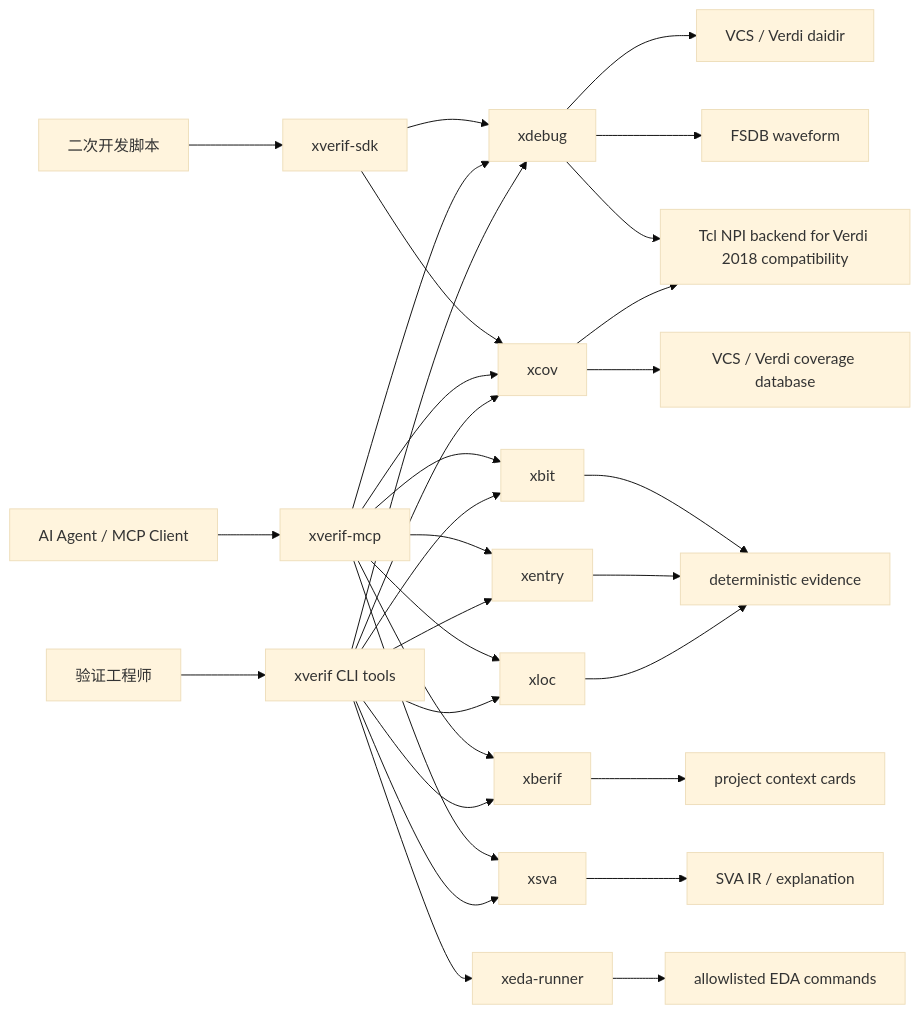
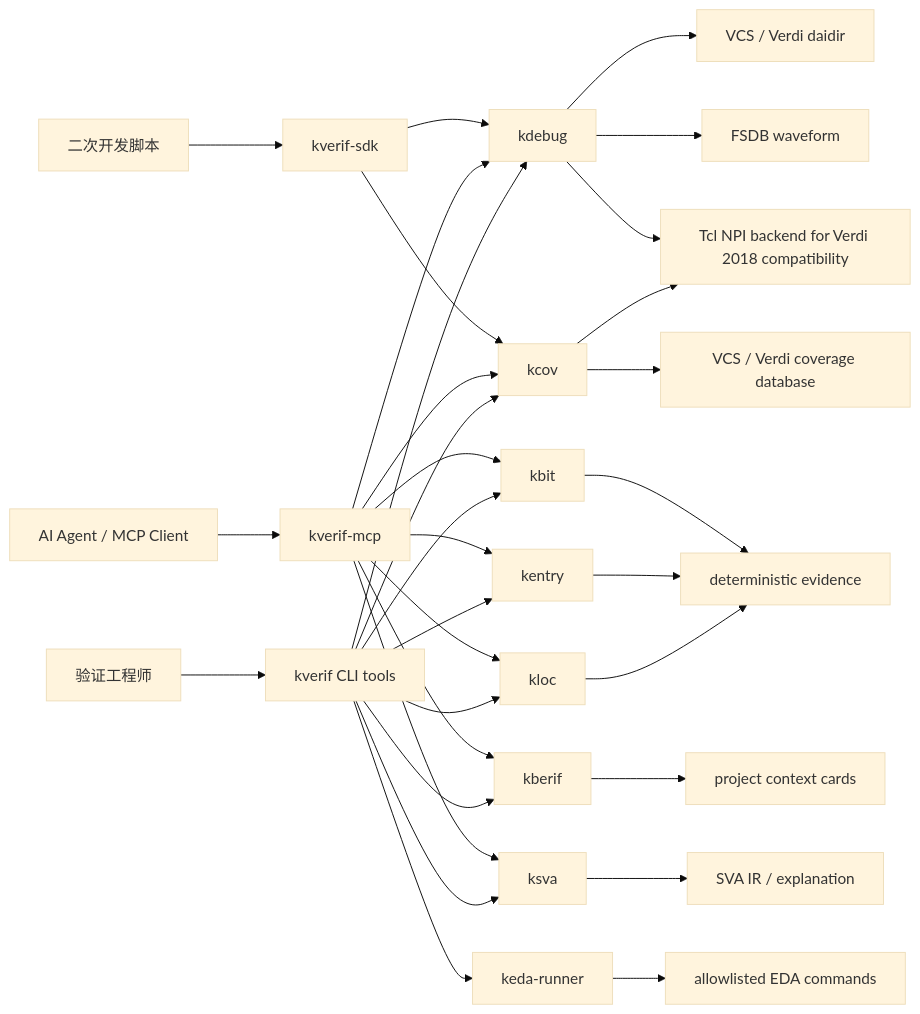
Before and after one commit to ysyx-22040210-yudian/xverif: the first of 6 diagrams in README.md, drawn with Mermaid (base theme). The commit also changed other lines of this file and 2243 other files, not shown here.

Commit message:
Rename project and tools to kverif

````diff
--- a/README.md
+++ b/README.md
@@ -34,39 +34,39 @@
 ```mermaid
 flowchart LR
-    User["验证工程师"] --> CLI["xverif CLI tools"]
-    Developer["二次开发脚本"] --> SDK["xverif-sdk"]
-    Agent["AI Agent / MCP Client"] --> MCP["xverif-mcp"]
+    User["验证工程师"] --> CLI["kverif CLI tools"]
+    Developer["二次开发脚本"] --> SDK["kverif-sdk"]
+    Agent["AI Agent / MCP Client"] --> MCP["kverif-mcp"]
 
-    SDK --> XDEBUG
-    SDK --> XCOV
+    SDK --> KDEBUG
+    SDK --> KCOV
 
-    MCP --> XDEBUG["xdebug"]
-    MCP --> XCOV["xcov"]
-    MCP --> XBIT["xbit"]
-    MCP --> XENTRY["xentry"]
-    MCP --> XLOC["xloc"]
-    MCP --> XBERIF["xberif"]
-    MCP --> XSVA["xsva"]
+    MCP --> KDEBUG["kdebug"]
+    MCP --> KCOV["kcov"]
+    MCP --> KBIT["kbit"]
+    MCP --> KENTRY["kentry"]
+    MCP --> KLOC["kloc"]
+    MCP --> KBERIF["kberif"]
+    MCP --> KSVA["ksva"]
 
-    CLI --> XDEBUG
-    CLI --> XCOV
-    CLI --> XBIT
-    CLI --> XENTRY
-    CLI --> XLOC
-    CLI --> XBERIF
-    CLI --> XSVA
-    CLI --> XEDA["xeda-runner"]
+    CLI --> KDEBUG
+    CLI --> KCOV
+    CLI --> KBIT
+    CLI --> KENTRY
+    CLI --> KLOC
+    CLI --> KBERIF
+    CLI --> KSVA
+    CLI --> KEDA["keda-runner"]
 
-    XDEBUG --> RTLDB["VCS / Verdi daidir"]
-    XDEBUG --> FSDB["FSDB waveform"]
-    XDEBUG --> TCL["Tcl NPI backend for Verdi 2018 compatibility"]
-    XCOV --> VDB["VCS / Verdi coverage database"]
-    XCOV --> TCL
-    XEDA --> EDA["allowlisted EDA commands"]
+    KDEBUG --> RTLDB["VCS / Verdi daidir"]
+    KDEBUG --> FSDB["FSDB waveform"]
+    KDEBUG --> TCL["Tcl NPI backend for Verdi 2018 compatibility"]
+    KCOV --> VDB["VCS / Verdi coverage database"]
+    KCOV --> TCL
+    KEDA --> EDA["allowlisted EDA commands"]
 
-    XBIT --> FACTS["deterministic evidence"]
-    XENTRY --> FACTS
-    XLOC --> FACTS
-    XBERIF --> CONTEXT["project context cards"]
-    XSVA --> IR["SVA IR / explanation"]
+    KBIT --> FACTS["deterministic evidence"]
+    KENTRY --> FACTS
+    KLOC --> FACTS
+    KBERIF --> CONTEXT["project context cards"]
+    KSVA --> IR["SVA IR / explanation"]
 ```
````
